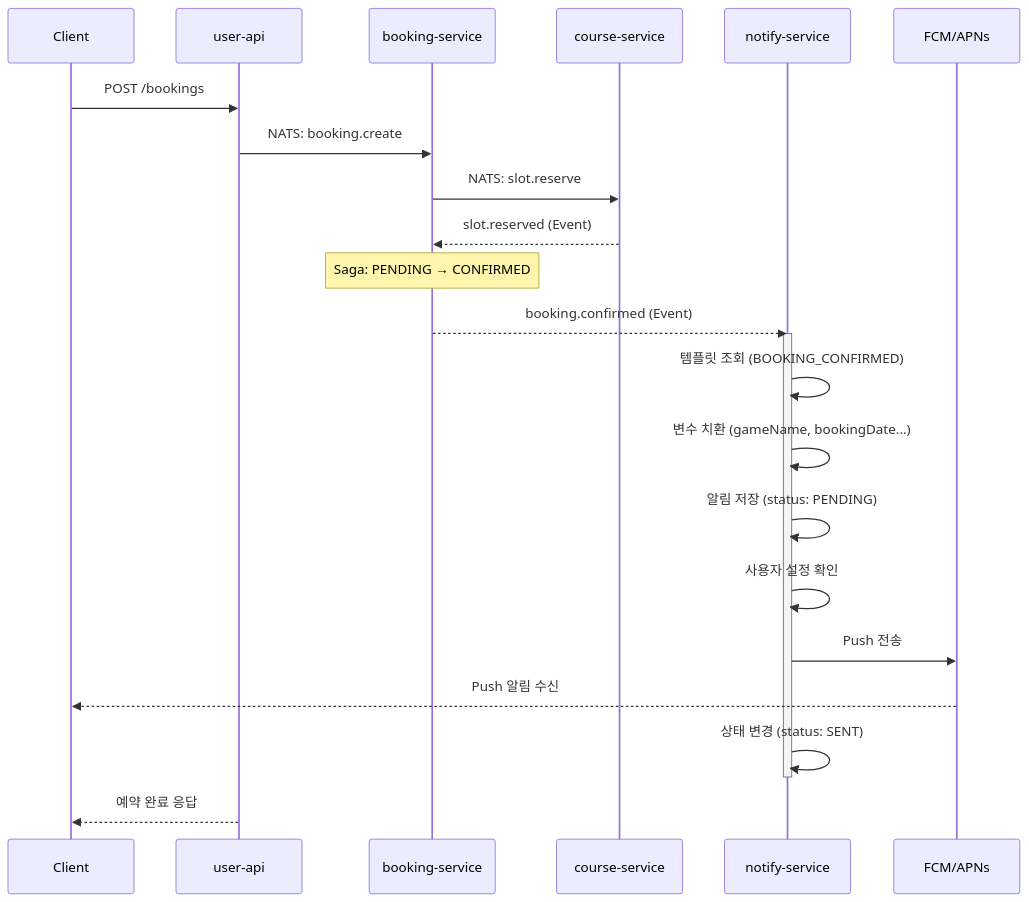
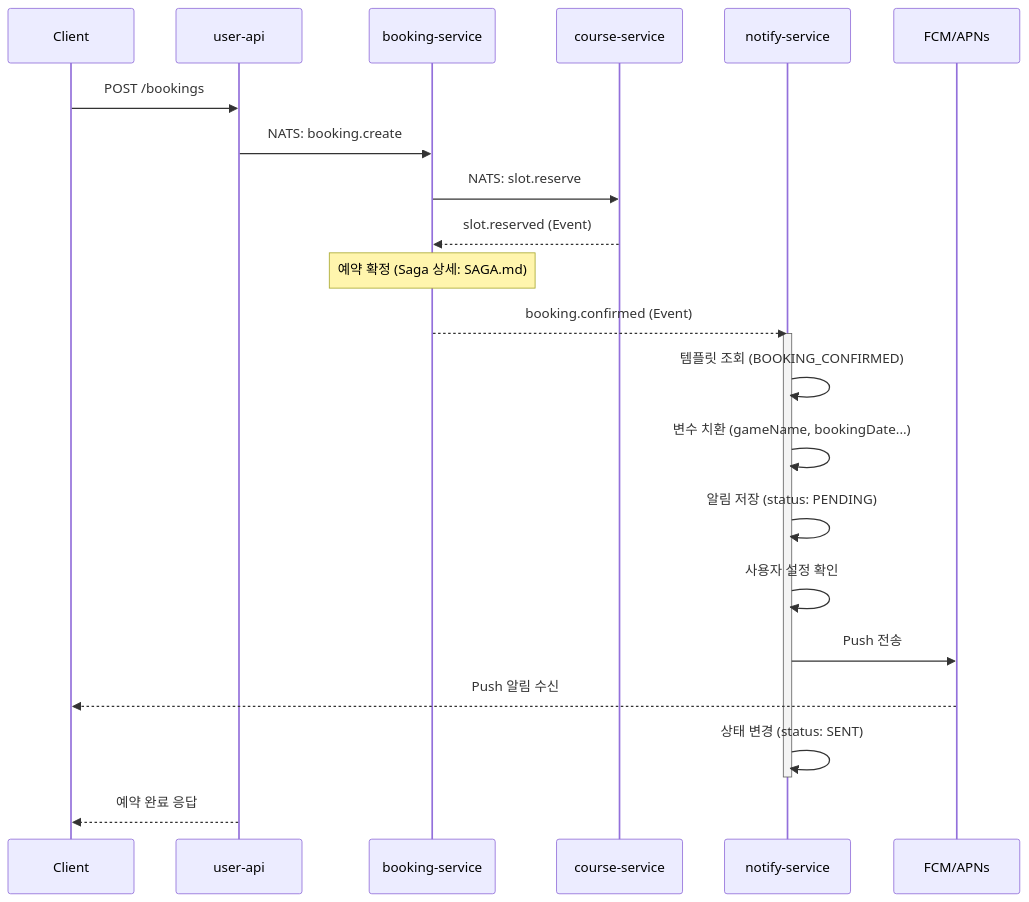
One commit to uniyous/parkgolf-platform changed the fourth of 33 diagrams in docs/workflow/NOTIFICATION.md. Above: the diagram before and after it, drawn with Mermaid. The commit also changed other lines of this file and 9 other files, not shown here.

First line of the commit message:
docs: saga-service 독립 분리에 따른 아키텍처/워크플로우 문서 현행화

````diff
--- a/docs/workflow/NOTIFICATION.md
+++ b/docs/workflow/NOTIFICATION.md
@@ -154,30 +154,30 @@
 ```mermaid
 sequenceDiagram
     participant C as Client
     participant UA as user-api
     participant BS as booking-service
     participant CS as course-service
     participant NS as notify-service
     participant FCM as FCM/APNs
 
     C->>UA: POST /bookings
     UA->>BS: NATS: booking.create
     BS->>CS: NATS: slot.reserve
     CS-->>BS: slot.reserved (Event)
 
-    Note over BS: Saga: PENDING → CONFIRMED
+    Note over BS: 예약 확정 (Saga 상세: SAGA.md)
 
     BS-->>NS: booking.confirmed (Event)
 
     activate NS
     NS->>NS: 템플릿 조회 (BOOKING_CONFIRMED)
     NS->>NS: 변수 치환 (gameName, bookingDate...)
     NS->>NS: 알림 저장 (status: PENDING)
     NS->>NS: 사용자 설정 확인
     NS->>FCM: Push 전송
     FCM-->>C: Push 알림 수신
     NS->>NS: 상태 변경 (status: SENT)
     deactivate NS
 
     UA-->>C: 예약 완료 응답
 ```
````
